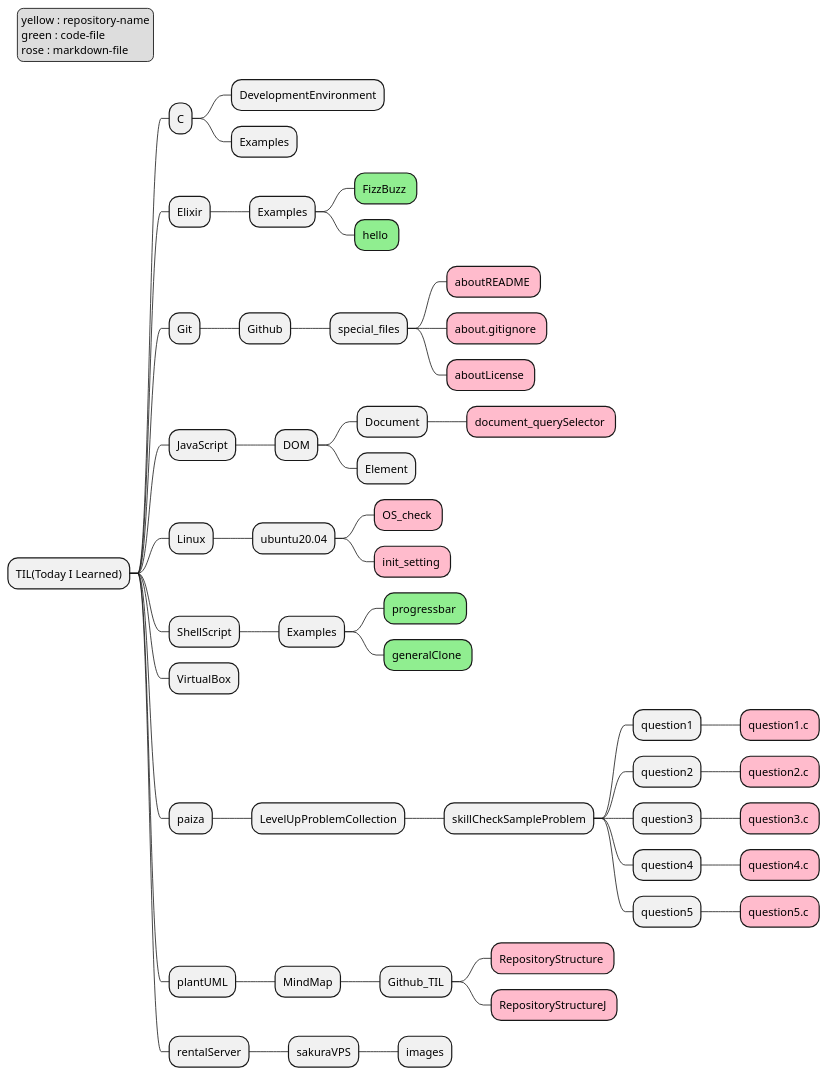
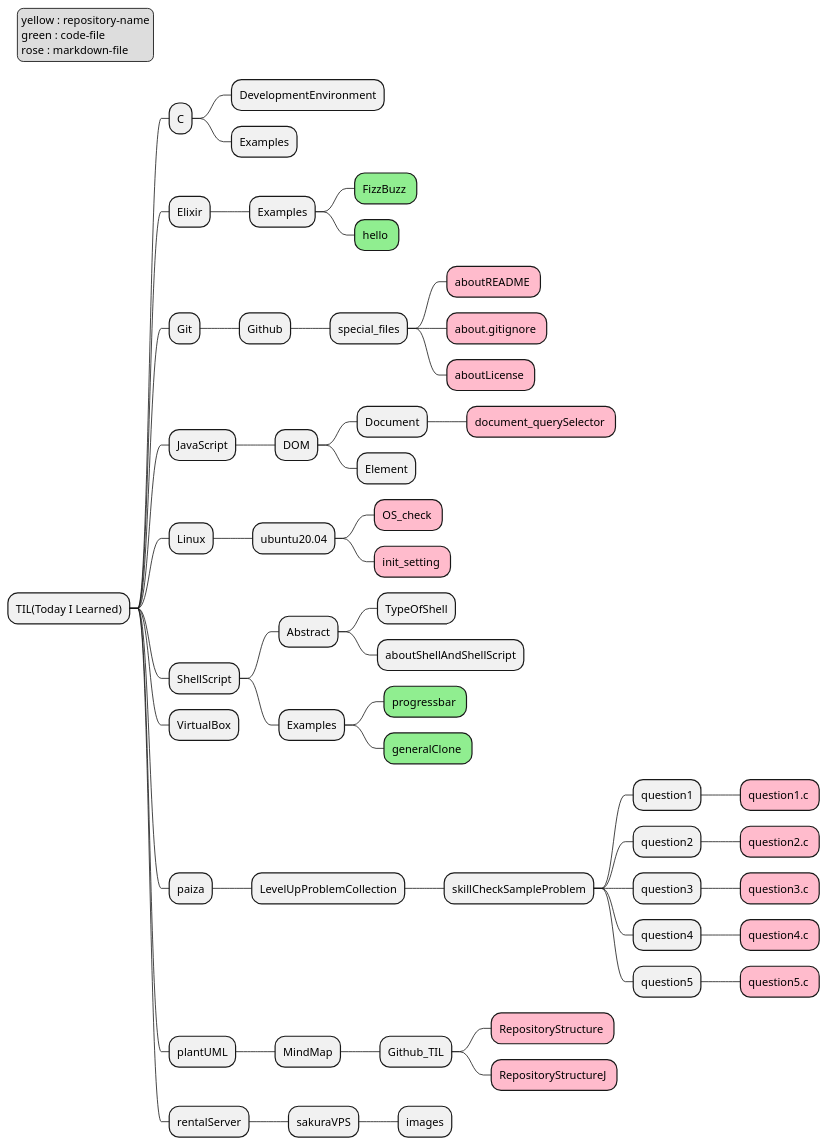
One commit to sudo-roa/TIL changed the diagram in plantUML/MindMap/Github_TIL/RepositoryStructure.puml. Above: the diagram before and after it, drawn with PlantUML. The commit also changed 4 other files, not shown here.

```diff
--- a/plantUML/MindMap/Github_TIL/RepositoryStructure.puml
+++ b/plantUML/MindMap/Github_TIL/RepositoryStructure.puml
@@ -1,80 +1,83 @@
 @startmindmap RepositoryStructure
 <style>
 mindmapDiagram {
   .green {
     BackgroundColor #90ee90
   }
   .rose {
     BackgroundColor #FFBBCC
   }
 }
 </style>
 
 * TIL(Today I Learned)
 
 ** C
 *** DevelopmentEnvironment
 *** Examples
 
 ** Elixir
 *** Examples
 **** FizzBuzz <<green>>
 **** hello <<green>>
 
 ** Git
 *** Github
 **** special_files
 ***** aboutREADME <<rose>>
 ***** about.gitignore <<rose>>
 ***** aboutLicense <<rose>>
 
 ** JavaScript
 *** DOM
 **** Document
 ***** document_querySelector <<rose>>
 **** Element
 
 ** Linux
 *** ubuntu20.04
 **** OS_check <<rose>>
 **** init_setting <<rose>>
 
 ** ShellScript
+*** Abstract
+**** TypeOfShell
+**** aboutShellAndShellScript
 *** Examples
 **** progressbar <<green>>
 **** generalClone <<green>>
 
 ** VirtualBox
 
 ** paiza
 *** LevelUpProblemCollection
 **** skillCheckSampleProblem
 ***** question1
 ****** question1.c <<rose>>
 ***** question2
 ****** question2.c <<rose>>
 ***** question3
 ****** question3.c <<rose>>
 ***** question4
 ****** question4.c <<rose>>
 ***** question5
 ****** question5.c <<rose>>
 
 ** plantUML
 *** MindMap
 **** Github_TIL
 ***** RepositoryStructure <<rose>>
 ***** RepositoryStructureJ <<rose>>
 
 ** rentalServer
 *** sakuraVPS
 **** images
 
 
 legend top left
     yellow : repository-name
     green : code-file
     rose : markdown-file
 endlegend
 
 @endmindmap
```
